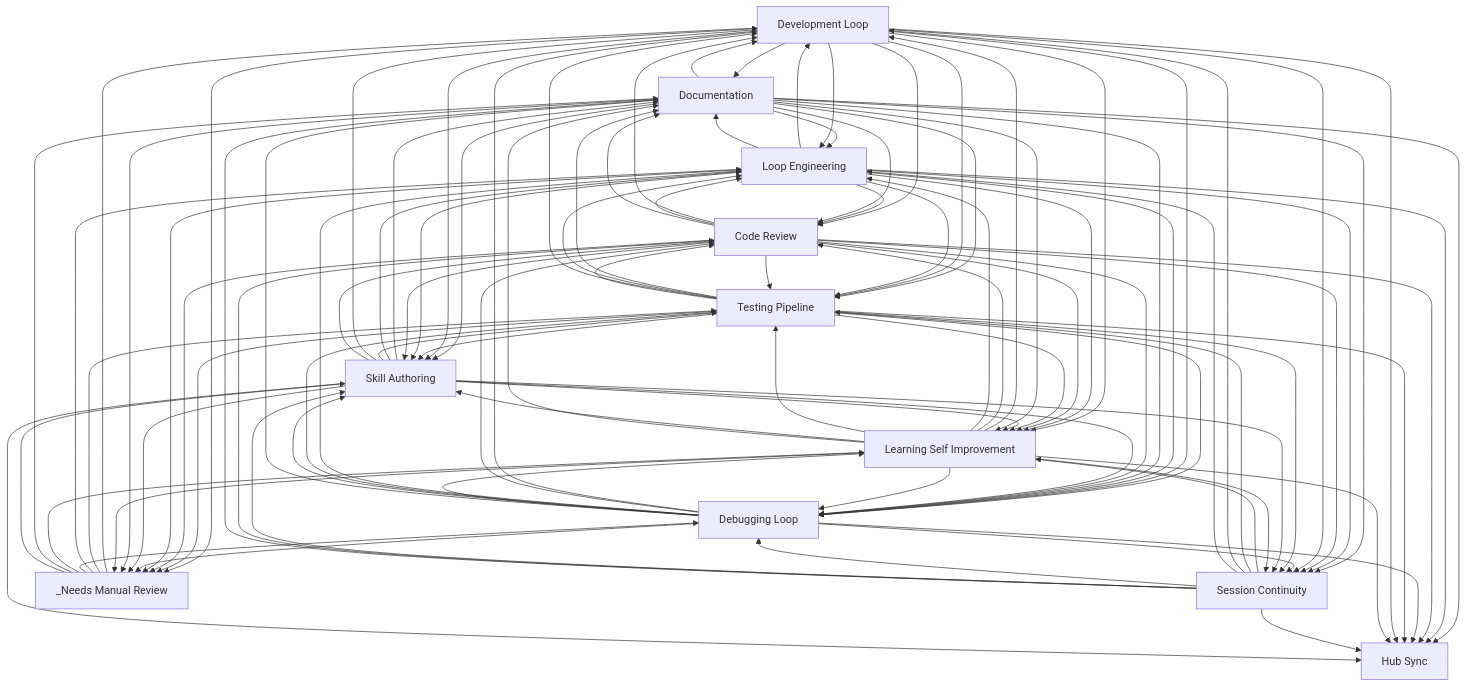
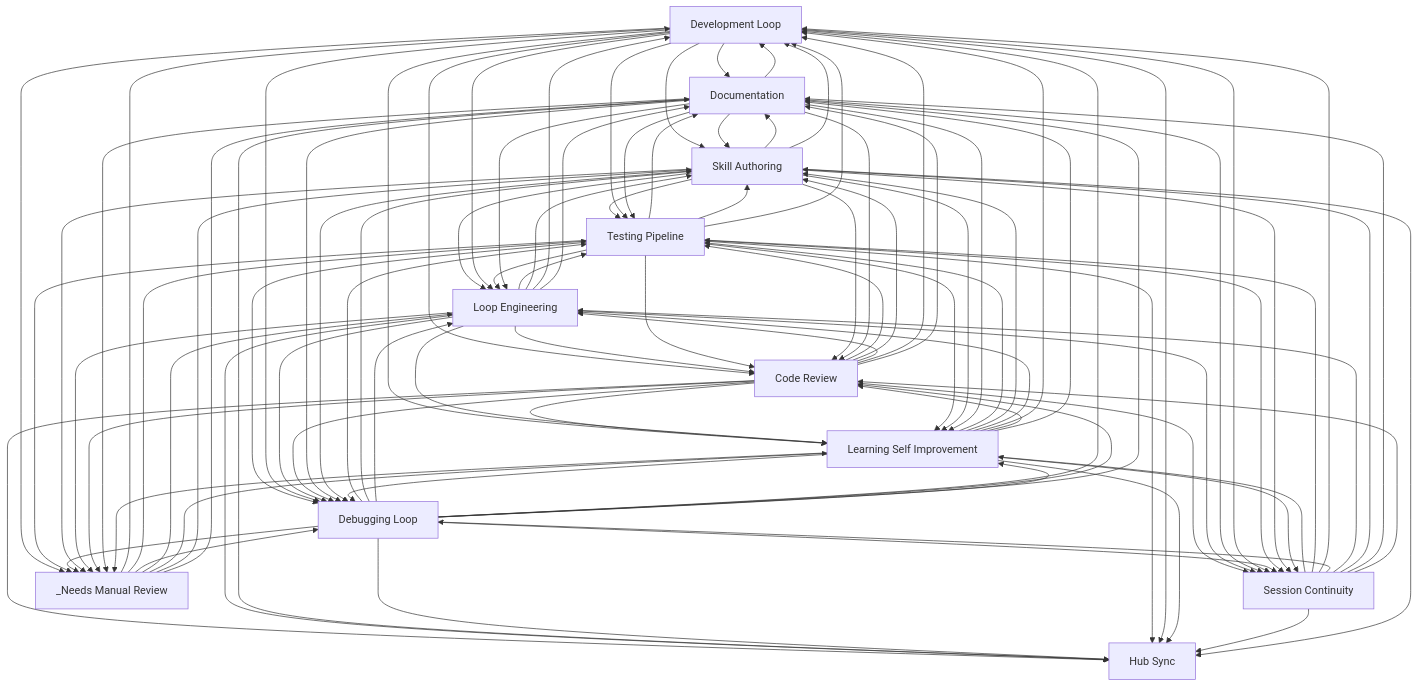
One commit to abhayla/claude-best-practices changed the diagram in docs/workflows/INDEX.md. Above: the diagram before and after it, drawn with Mermaid. The commit also changed other lines of this file and 14 other files, not shown here.

````diff
--- a/docs/workflows/INDEX.md
+++ b/docs/workflows/INDEX.md
@@ -33,43 +33,43 @@
     documentation[Documentation]
     hub_sync[Hub Sync]
     _needs_manual_review[_Needs Manual Review]
+    skill_authoring --> documentation
     development_loop --> documentation
     testing_pipeline --> documentation
-    skill_authoring --> documentation
-    documentation --> loop_engineering
+    skill_authoring --> testing_pipeline
+    skill_authoring --> loop_engineering
+    development_loop --> skill_authoring
+    development_loop --> testing_pipeline
+    development_loop --> loop_engineering
+    testing_pipeline --> skill_authoring
+    testing_pipeline --> loop_engineering
     documentation --> skill_authoring
     documentation --> testing_pipeline
-    development_loop --> loop_engineering
-    development_loop --> skill_authoring
-    development_loop --> testing_pipeline
-    testing_pipeline --> loop_engineering
-    testing_pipeline --> skill_authoring
-    skill_authoring --> loop_engineering
-    skill_authoring --> testing_pipeline
+    documentation --> loop_engineering
     development_loop --> code_review
+    code_review --> testing_pipeline
+    code_review --> skill_authoring
+    code_review --> loop_engineering
+    code_review --> development_loop
+    loop_engineering --> testing_pipeline
+    loop_engineering --> skill_authoring
     loop_engineering --> development_loop
     loop_engineering --> code_review
-    loop_engineering --> testing_pipeline
-    loop_engineering --> skill_authoring
-    code_review --> development_loop
-    code_review --> loop_engineering
-    code_review --> testing_pipeline
-    code_review --> skill_authoring
     development_loop --> learning_self_improvement
+    code_review --> learning_self_improvement
     loop_engineering --> learning_self_improvement
-    code_review --> learning_self_improvement
-    testing_pipeline --> development_loop
     _needs_manual_review --> development_loop
     _needs_manual_review --> testing_pipeline
+    testing_pipeline --> development_loop
+    _needs_manual_review --> debugging_loop
+    _needs_manual_review --> loop_engineering
     testing_pipeline --> debugging_loop
-    _needs_manual_review --> loop_engineering
-    _needs_manual_review --> debugging_loop
     testing_pipeline --> code_review
+    debugging_loop --> testing_pipeline
+    debugging_loop --> skill_authoring
+    debugging_loop --> loop_engineering
     debugging_loop --> development_loop
     debugging_loop --> code_review
-    debugging_loop --> loop_engineering
-    debugging_loop --> testing_pipeline
-    debugging_loop --> skill_authoring
     development_loop --> debugging_loop
     documentation --> development_loop
     loop_engineering --> debugging_loop
@@ -80,53 +80,53 @@
     skill_authoring --> learning_self_improvement
     development_loop --> _needs_manual_review
     testing_pipeline --> _needs_manual_review
+    code_review --> debugging_loop
+    documentation --> debugging_loop
     documentation --> code_review
-    documentation --> debugging_loop
-    code_review --> debugging_loop
+    code_review --> session_continuity
+    code_review --> hub_sync
+    code_review --> documentation
+    loop_engineering --> session_continuity
+    loop_engineering --> hub_sync
+    documentation --> learning_self_improvement
     documentation --> session_continuity
     documentation --> hub_sync
-    documentation --> learning_self_improvement
-    loop_engineering --> session_continuity
-    loop_engineering --> hub_sync
-    code_review --> session_continuity
-    code_review --> documentation
-    code_review --> hub_sync
     development_loop --> session_continuity
     session_continuity --> learning_self_improvement
     session_continuity --> testing_pipeline
     _needs_manual_review --> learning_self_improvement
+    debugging_loop --> learning_self_improvement
     debugging_loop --> session_continuity
-    debugging_loop --> learning_self_improvement
     testing_pipeline --> session_continuity
+    debugging_loop --> hub_sync
     debugging_loop --> documentation
-    debugging_loop --> hub_sync
     testing_pipeline --> hub_sync
     development_loop --> hub_sync
+    skill_authoring --> session_continuity
     session_continuity --> development_loop
-    skill_authoring --> session_continuity
+    skill_authoring --> debugging_loop
+    session_continuity --> debugging_loop
     session_continuity --> loop_engineering
-    session_continuity --> debugging_loop
-    skill_authoring --> debugging_loop
-    learning_self_improvement --> development_loop
-    learning_self_improvement --> code_review
-    learning_self_improvement --> loop_engineering
     learning_self_improvement --> testing_pipeline
     learning_self_improvement --> debugging_loop
     learning_self_improvement --> skill_authoring
-    code_review --> _needs_manual_review
-    loop_engineering --> _needs_manual_review
+    learning_self_improvement --> loop_engineering
+    learning_self_improvement --> development_loop
+    learning_self_improvement --> code_review
     debugging_loop --> _needs_manual_review
     skill_authoring --> _needs_manual_review
+    loop_engineering --> _needs_manual_review
+    code_review --> _needs_manual_review
+    _needs_manual_review --> skill_authoring
     _needs_manual_review --> documentation
-    _needs_manual_review --> skill_authoring
     learning_self_improvement --> session_continuity
     documentation --> _needs_manual_review
     session_continuity --> skill_authoring
+    learning_self_improvement --> hub_sync
     learning_self_improvement --> documentation
-    learning_self_improvement --> hub_sync
+    session_continuity --> hub_sync
+    session_continuity --> documentation
     session_continuity --> code_review
-    session_continuity --> documentation
-    session_continuity --> hub_sync
     skill_authoring --> hub_sync
     learning_self_improvement --> _needs_manual_review
 ```
````
